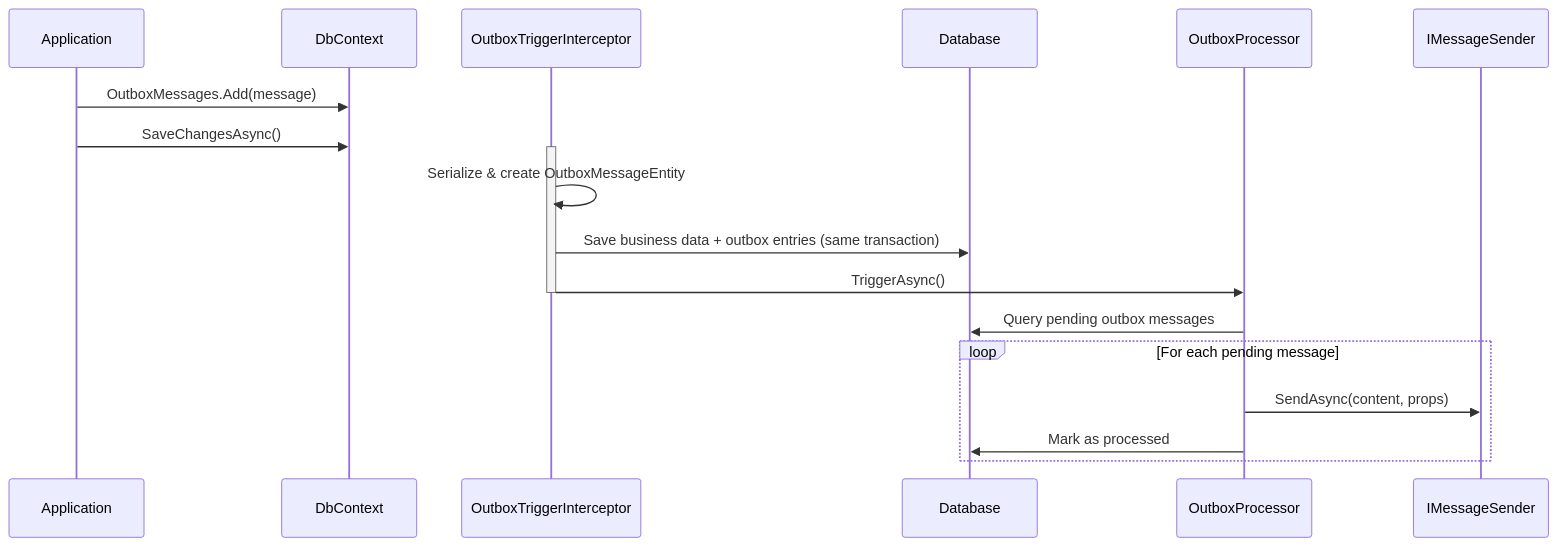
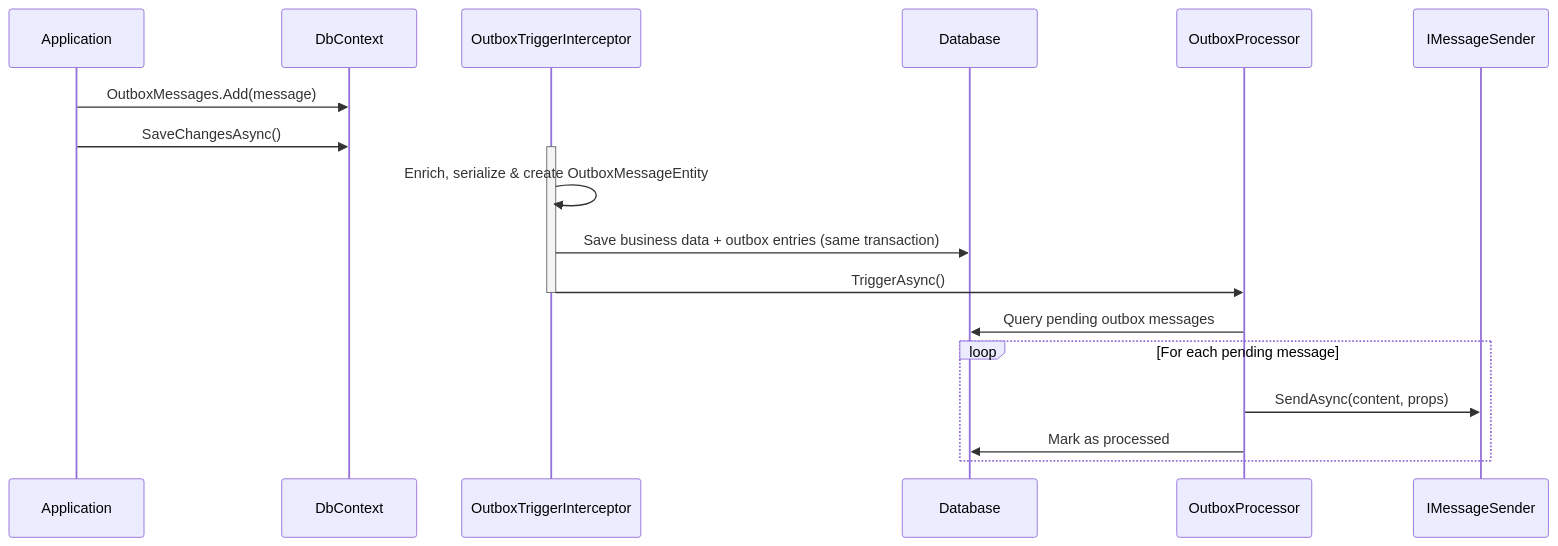
The fourth of 9 diagrams in docs/architecture.md (saithis/Ratatoskr), drawn with Mermaid before and after one commit. The commit also changed other lines of this file and 24 other files, not shown here.

````diff
--- a/docs/architecture.md
+++ b/docs/architecture.md
@@ -76,22 +157,22 @@
 ```mermaid
 sequenceDiagram
     participant App as Application
     participant Db as DbContext
     participant Int as OutboxTriggerInterceptor
     participant DB as Database
     participant OP as OutboxProcessor
     participant Sender as IMessageSender
 
     App->>Db: OutboxMessages.Add(message)
     App->>Db: SaveChangesAsync()
     activate Int
-    Int->>Int: Serialize & create OutboxMessageEntity
+    Int->>Int: Enrich, serialize & create OutboxMessageEntity
     Int->>DB: Save business data + outbox entries (same transaction)
     Int->>OP: TriggerAsync()
     deactivate Int
     OP->>DB: Query pending outbox messages
     loop For each pending message
         OP->>Sender: SendAsync(content, props)
         OP->>DB: Mark as processed
     end
 ```
````
